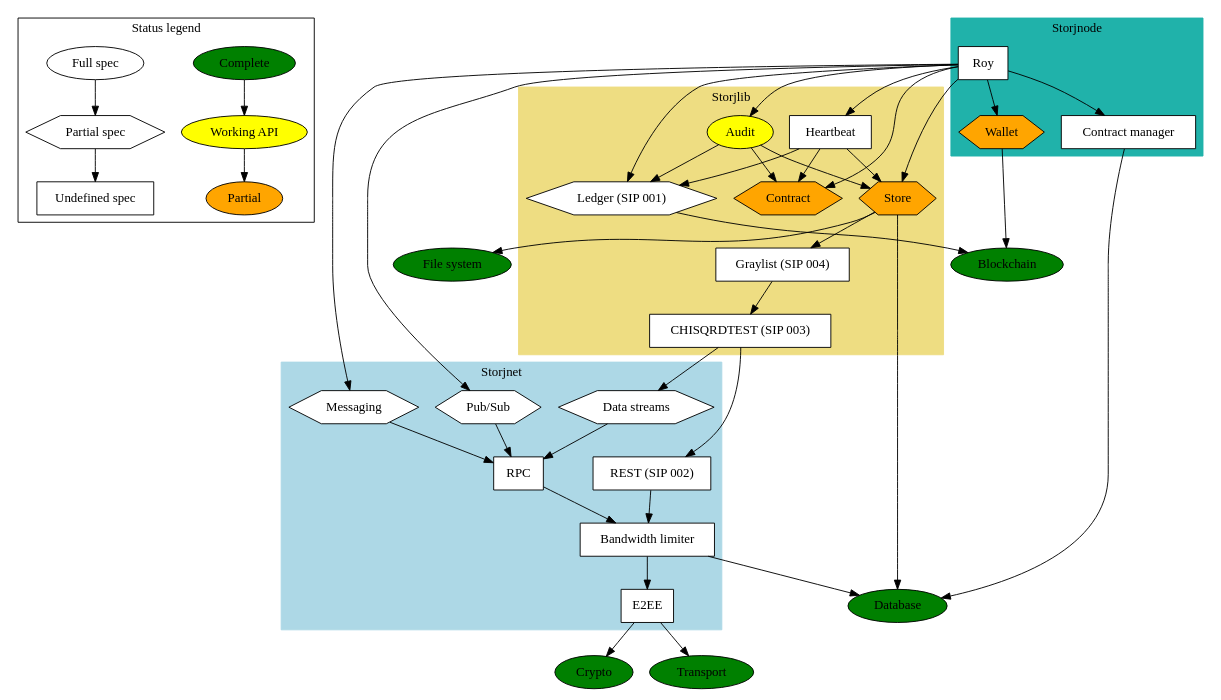
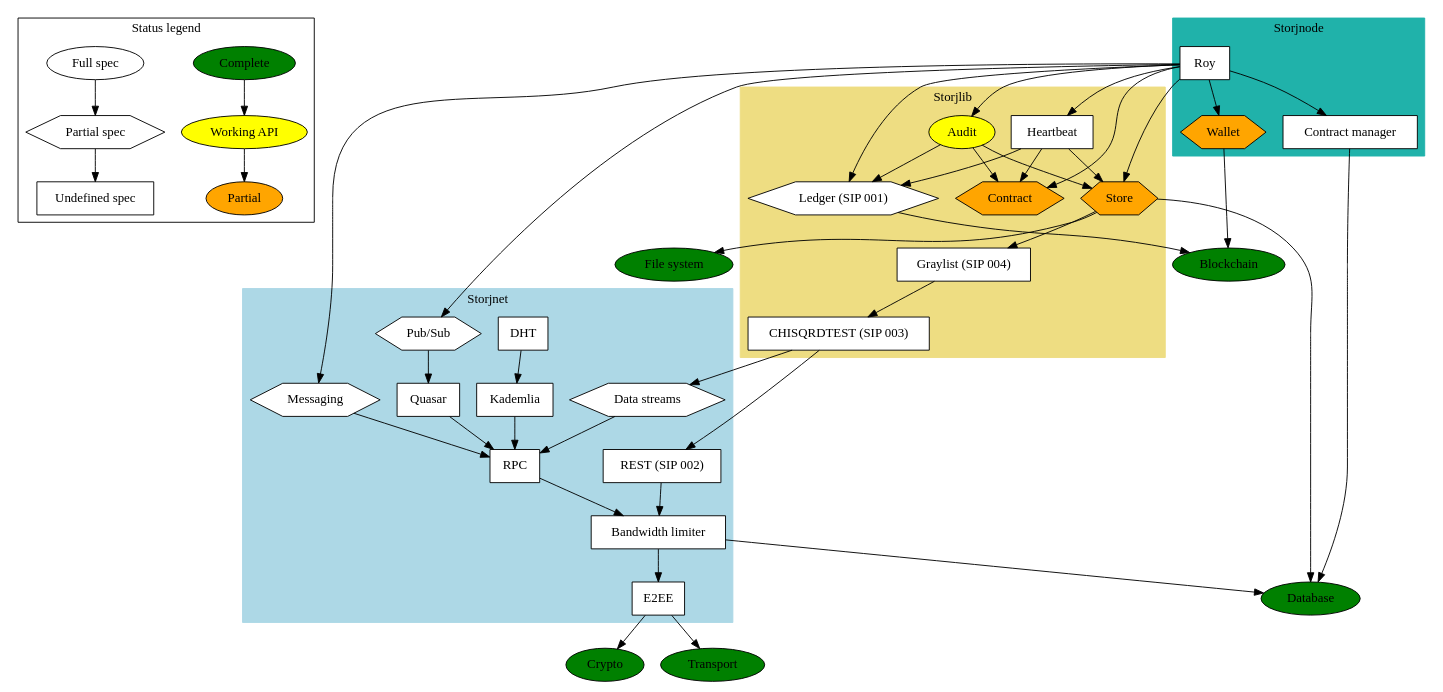
The diagram in status.dot (StorjOld/storjspec), drawn with Graphviz before and after one commit. The commit also changed 3 other files, not shown here.

```diff
--- a/status.dot
+++ b/status.dot
@@ -1,105 +1,109 @@
 // syntax guide: http://www.graphviz.org/pdf/dotguide.pdf
 // compile png: `dot -Tpng status.dot -o status.png`
 // compile pdf: `dot -Tpdf status.dot -o status.pdf`
 
 
 digraph G {
     node [shape="box", style="filled", color="black", fillcolor="white"];
 
     // LEGEND
     subgraph cluster_0 {
         label = "Status legend";
 
         "Complete" [fillcolor=green, shape=ellipse];
         "Working API" [fillcolor=yellow, shape=ellipse];
         "Partial" [fillcolor=orange, shape=ellipse];
 
         "Full spec" [shape=ellipse];
         "Partial spec" [shape=hexagon];
         "Undefined spec" [shape=box];
     };
     "Complete" -> "Working API" -> "Partial";
     "Full spec" -> "Partial spec" -> "Undefined spec";
 
 
     // STORJNET
     subgraph cluster_1 {
         label = "Storjnet";
         style=filled;
         color=lightblue;
 
+        "DHT";
         "Pub/Sub" [shape=hexagon]; // enable publishing and subscribing to events
         "Data streams" [shape=hexagon]; // full duplex data transfer
         "Messaging" [shape=hexagon]; // to shortcut the pubsub after peer found
         "RPC"; // rpc calls and data transfer between clients
         "E2EE"; // End-to-end encryption
+        "Kademlia";
+        "Quasar";
         "Bandwidth limiter";
         "REST (SIP 002)"; // put/get shards
     };
-    "Pub/Sub" -> "RPC";
+    "DHT" -> "Kademlia" -> "RPC";
+    "Pub/Sub" -> "Quasar" -> "RPC";
     "Messaging" -> "RPC";
     "Data streams" -> "RPC";
     "RPC" -> "Bandwidth limiter";
     "REST (SIP 002)" -> "Bandwidth limiter";
     "Bandwidth limiter" -> "E2EE";
     "E2EE" -> "Crypto";
     "E2EE" -> "Transport";
     "Bandwidth limiter" -> "Database";
 
     // STORJLIB
     subgraph cluster_2 {
         label = "Storjlib";
         style=filled;
         color=lightgoldenrod;
 
         "Contract" [fillcolor=orange, shape=hexagon]; // terms of a storage contract between peers
         "Audit" [fillcolor=yellow, shape=ellipse]; // track state of a contract over time
         "Store" [fillcolor=orange, shape=hexagon];
         "Heartbeat";
         "Ledger (SIP 001)" [shape=hexagon];
         "Graylist (SIP 004)";
         "CHISQRDTEST (SIP 003)";
     };
     "Audit" -> "Contract"; // when/how to perform the audit
     "Audit" -> "Store"; // perform audit challange
     "Audit" -> "Ledger (SIP 001)"; // save result in ledger
     "Heartbeat" -> "Contract";
     "Heartbeat" -> "Store"; // perform heartbeat challange
     "Heartbeat" -> "Ledger (SIP 001)"; // save result in ledger
     "Store" -> "File system";
     "Store" -> "Graylist (SIP 004)";
     "Store" -> "Database";
     "Ledger (SIP 001)" -> "Blockchain";
     "Graylist (SIP 004)" -> "CHISQRDTEST (SIP 003)";
     "CHISQRDTEST (SIP 003)" -> "Data streams";
     "CHISQRDTEST (SIP 003)" -> "REST (SIP 002)";
 
     // STORJNODE
     subgraph cluster_3 {
         label = "Storjnode";
         style=filled;
         color=lightseagreen;
 
         "Roy"; // for sending/receiving of funds for services used 
         "Wallet" [fillcolor=orange, shape=hexagon];
         "Contract manager"; // Store contracts
     };
     "Roy" -> "Contract manager";
     "Contract manager" -> "Database";
     "Wallet" -> "Blockchain";
     "Roy" -> "Messaging";
     "Roy" -> "Audit"; // perform audits
     "Roy" -> "Contract"; // verify agreed to use/provide a service
     "Roy" -> "Heartbeat";
     "Roy" -> "Ledger (SIP 001)"; // verify service was used/provided
     "Roy" -> "Wallet"; // transfer funds
     "Roy" -> "Pub/Sub"; // ask/bid on contracts
     "Roy" -> "Store";
 
     // EXTERNAL
     "File system" [fillcolor=green, shape=ellipse];
     "Crypto" [fillcolor=green, shape=ellipse];
     "Database" [fillcolor=green, shape=ellipse];
     "Blockchain" [fillcolor=green, shape=ellipse];
     "Transport" [fillcolor=green, shape=ellipse];
 }
```
